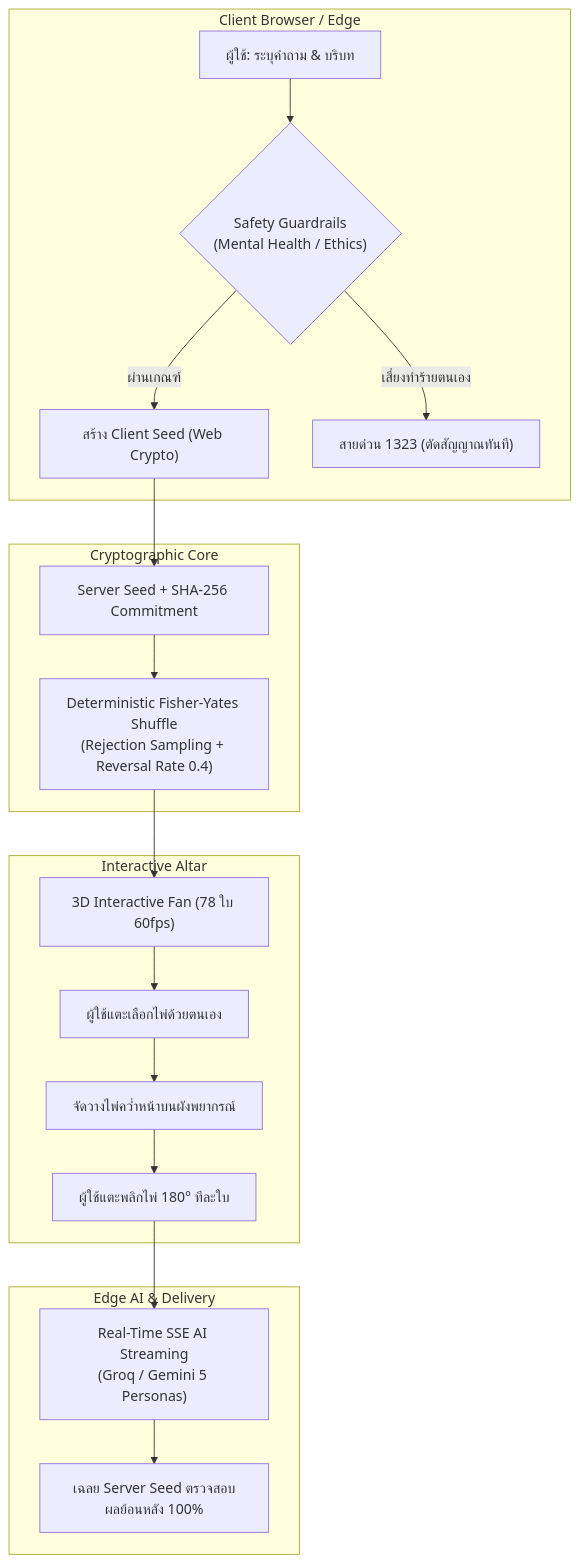
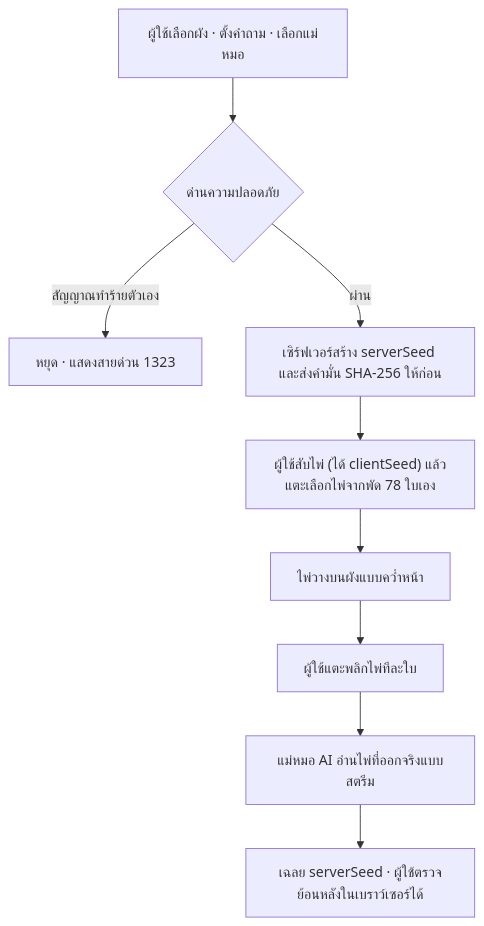
Before and after one commit to luminuy/tarot-web: the diagram in docs/TAROT_CARD_FEATURES.md, drawn with Mermaid. The commit also changed other lines of this file and 122 other files, not shown here.

````diff
--- a/docs/TAROT_CARD_FEATURES.md
+++ b/docs/TAROT_CARD_FEATURES.md
@@ -30,25 +21,11 @@
 ```mermaid
 flowchart TD
-    subgraph ClientLayer ["Client Browser / Edge"]
-        UserIntent["ผู้ใช้: ระบุคำถาม & บริบท"] --> SafetyCheck{"Safety Guardrails\n(Mental Health / Ethics)"}
-        SafetyCheck -- "ผ่านเกณฑ์" --> ClientSeedGen["สร้าง Client Seed (Web Crypto)"]
-        SafetyCheck -- "เสี่ยงทำร้ายตนเอง" --> HotLine["สายด่วน 1323 (ตัดสัญญาณทันที)"]
-    end
-
-    subgraph SecurityLayer ["Cryptographic Core"]
-        ClientSeedGen --> ServerCommit["Server Seed + SHA-256 Commitment"]
-        ServerCommit --> DeterministicShuffle["Deterministic Fisher-Yates Shuffle\n(Rejection Sampling + Reversal Rate 0.4)"]
-    end
-
-    subgraph InteractionLayer ["Interactive Altar"]
-        DeterministicShuffle --> Fan3D["3D Interactive Fan (78 ใบ 60fps)"]
-        Fan3D --> ManualPick["ผู้ใช้แตะเลือกไพ่ด้วยตนเอง"]
-        ManualPick --> AltarPlacement["จัดวางไพ่คว่ำหน้าบนผังพยากรณ์"]
-        AltarPlacement --> ManualFlip["ผู้ใช้แตะพลิกไพ่ 180° ทีละใบ"]
-    end
-
-    subgraph EngineLayer ["Edge AI & Delivery"]
-        ManualFlip --> SSEStream["Real-Time SSE AI Streaming\n(Groq / Gemini 5 Personas)"]
-        SSEStream --> VerificationReveal["เฉลย Server Seed ตรวจสอบผลย้อนหลัง 100%"]
-    end
+    Q["ผู้ใช้เลือกผัง · ตั้งคำถาม · เลือกแม่หมอ"] --> S{"ด่านความปลอดภัย"}
+    S -- "สัญญาณทำร้ายตัวเอง" --> H["หยุด · แสดงสายด่วน 1323"]
+    S -- "ผ่าน" --> C["เซิร์ฟเวอร์สร้าง serverSeed และส่งคำมั่น SHA-256 ให้ก่อน"]
+    C --> F["ผู้ใช้สับไพ่ (ได้ clientSeed) แล้วแตะเลือกไพ่จากพัด 78 ใบเอง"]
+    F --> B["ไพ่วางบนผังแบบคว่ำหน้า"]
+    B --> R["ผู้ใช้แตะพลิกไพ่ทีละใบ"]
+    R --> AI["แม่หมอ AI อ่านไพ่ที่ออกจริงแบบสตรีม"]
+    AI --> P["เฉลย serverSeed · ผู้ใช้ตรวจย้อนหลังในเบราว์เซอร์ได้"]
 ```
````
